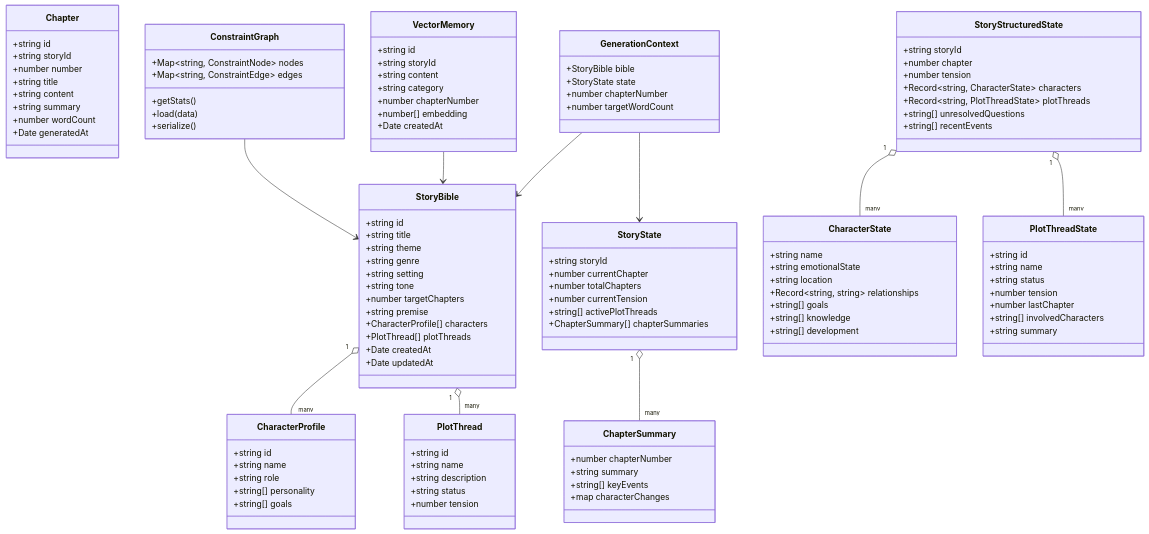
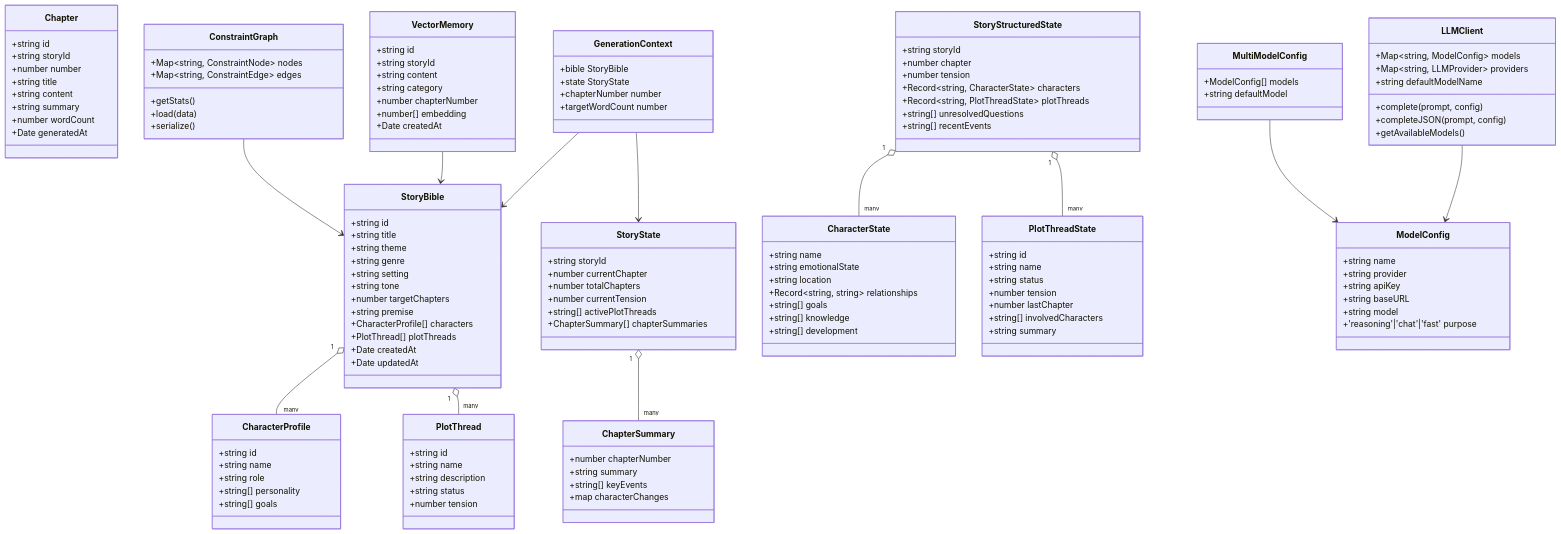
The fourth of 4 diagrams in .qoder/repowiki/en/content/CLI Command Reference.md (liwonder/NARRITIVE_OS), drawn with Mermaid before and after one commit. The commit also changed other lines of this file and 12 other files, not shown here.

````diff
--- a/.qoder/repowiki/en/content/CLI Command Reference.md
+++ b/.qoder/repowiki/en/content/CLI Command Reference.md
@@ -901,10 +939,10 @@
 +string summary
 }
 class GenerationContext {
-+StoryBible bible
-+StoryState state
-+number chapterNumber
-+number targetWordCount
++bible StoryBible
++state StoryState
++chapterNumber number
++targetWordCount number
 }
 class VectorMemory {
 +string id
@@ -922,6 +960,26 @@
 +load(data)
 +serialize()
 }
+class ModelConfig {
++string name
++string provider
++string apiKey
++string baseURL
++string model
++'reasoning'|'chat'|'fast' purpose
+}
+class MultiModelConfig {
++ModelConfig[] models
++string defaultModel
+}
+class LLMClient {
++Map~string, ModelConfig~ models
++Map~string, LLMProvider~ providers
++string defaultModelName
++complete(prompt, config)
++completeJSON(prompt, config)
++getAvailableModels()
+}
 StoryBible "1" o-- "many" CharacterProfile
 StoryBible "1" o-- "many" PlotThread
 StoryState "1" o-- "many" ChapterSummary
@@ -931,4 +989,6 @@
 GenerationContext --> StoryState
 VectorMemory --> StoryBible
 ConstraintGraph --> StoryBible
+LLMClient --> ModelConfig
+MultiModelConfig --> ModelConfig
 ```
````
